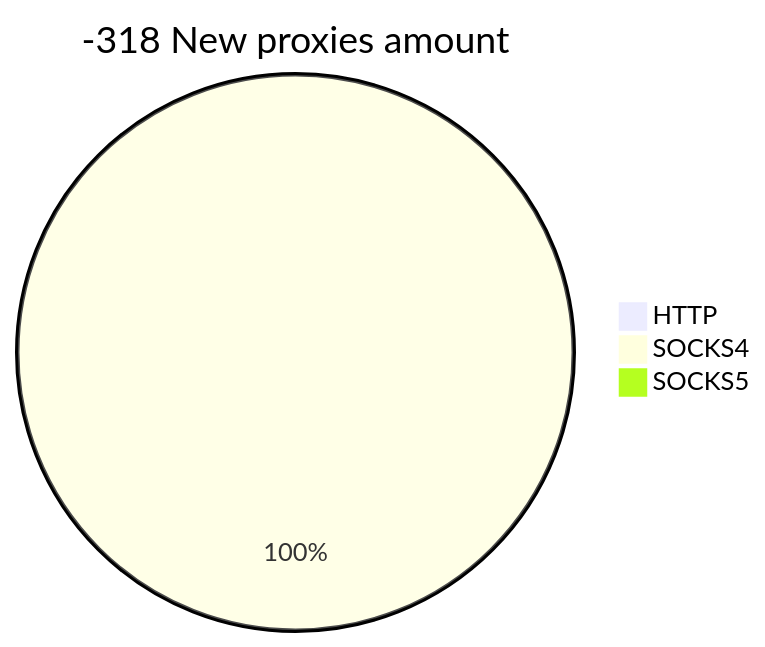
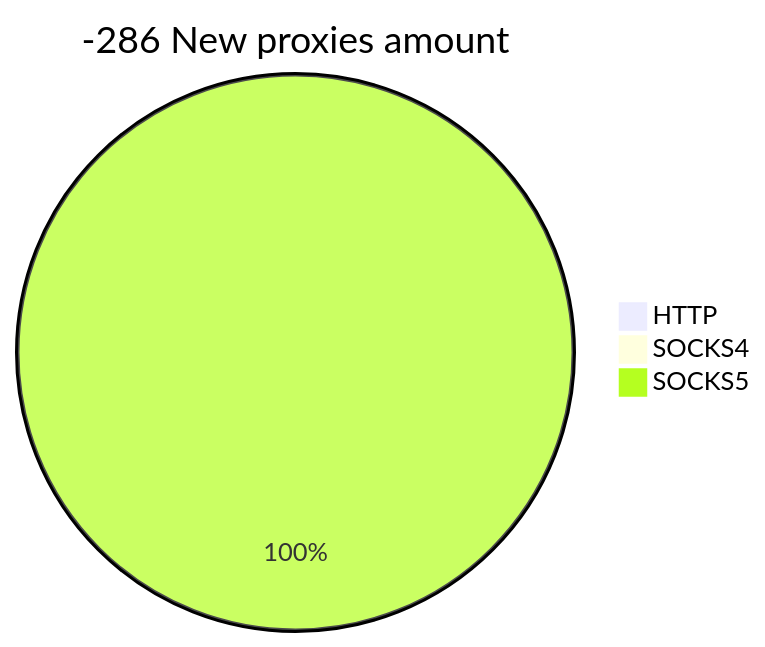
The second of 2 diagrams in README.md (cutipu/proxylist), drawn with Mermaid before and after one commit. The commit also changed other lines of this file, not shown here.

````diff
--- a/README.md
+++ b/README.md
@@ -10,6 +10,6 @@
 ```mermaid
-pie title -318 New proxies amount
+pie title -286 New proxies amount
     "HTTP" : 0
-    "SOCKS4" : 75
-    "SOCKS5" : 0
+    "SOCKS4" : 0
+    "SOCKS5" : 88
 ```
````
